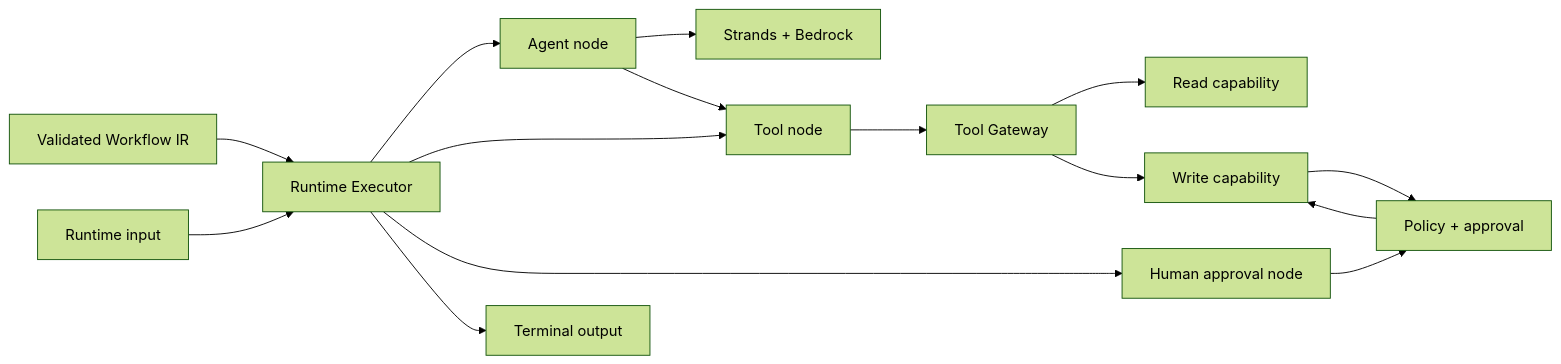
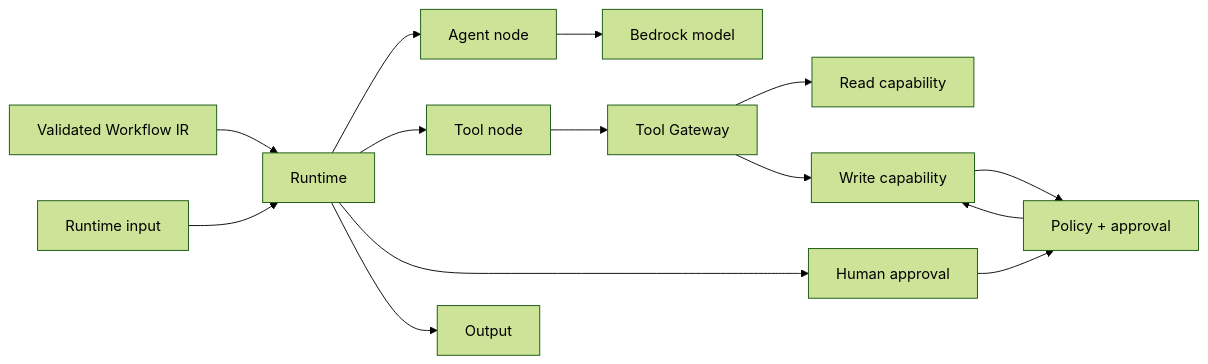
One commit to akashrajeev/Specloom changed the second of 2 diagrams in README.md. Above: the diagram before and after it, drawn with Mermaid (forest theme). The commit also changed other lines of this file and 7 other files, not shown here.

First line of the commit message:
docs: polish architecture and documentation

```diff
--- a/README.md
+++ b/README.md
@@ -152,20 +76,16 @@
 ~~~mermaid
 flowchart LR
-    IR[Validated Workflow IR] --> EXEC[Runtime Executor]
-    INPUT[Runtime input] --> EXEC
-
-    EXEC --> AGENT[Agent node]
-    EXEC --> TOOL[Tool node]
-    EXEC --> HUMAN[Human approval node]
-    EXEC --> OUTPUT[Terminal output]
-
-    AGENT --> BED[Strands + Bedrock]
-    AGENT --> TOOL
-
-    TOOL --> GATE[Tool Gateway]
-    GATE --> READ[Read capability]
-    GATE --> WRITE[Write capability]
+    IR3[Validated Workflow IR] --> EXEC2[Runtime]
+    INPUT[Runtime input] --> EXEC2
+    EXEC2 --> AGENT[Agent node]
+    EXEC2 --> TOOL[Tool node]
+    EXEC2 --> HUMAN[Human approval]
+    EXEC2 --> OUT[Output]
+    AGENT --> MODEL[Bedrock model]
+    TOOL --> GATE2[Tool Gateway]
+    GATE2 --> READ[Read capability]
+    GATE2 --> WRITE[Write capability]
     WRITE --> POLICY[Policy + approval]
     HUMAN --> POLICY
     POLICY --> WRITE
 ~~~
```
